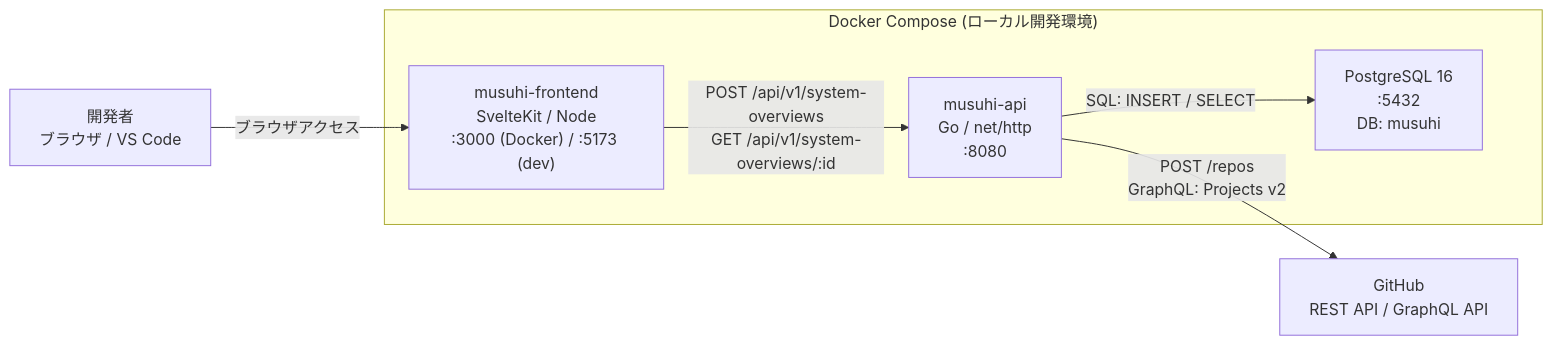
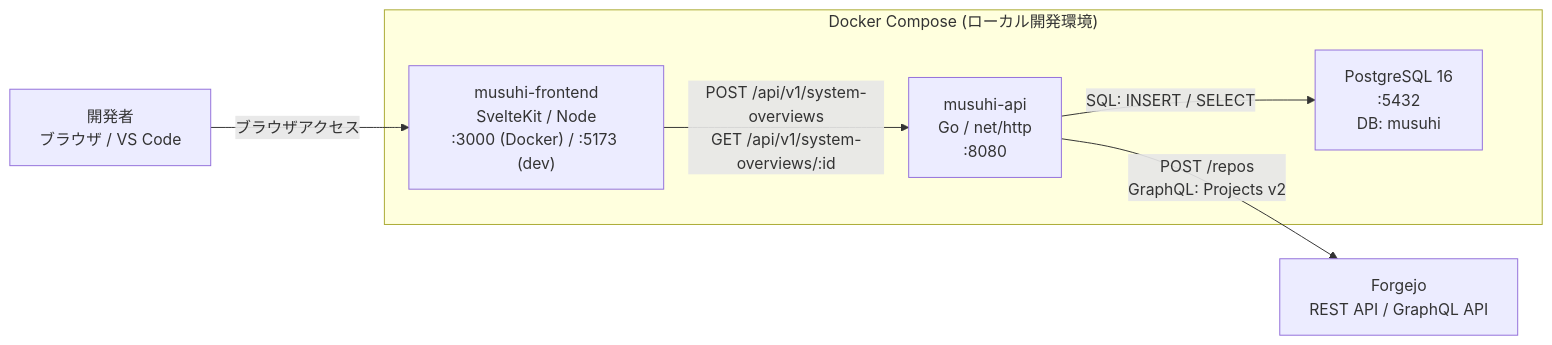
One commit to BossApe/lo-vibe changed the diagram in _document/003.設計・開発・テストフェーズ/003.設計/FR-001.システム概要入力/FR-001.インフラ構成図.md. Above: the diagram before and after it, drawn with Mermaid. The commit also changed 27 other files, not shown here.

````diff
--- a/_document/003.設計・開発・テストフェーズ/003.設計/FR-001.システム概要入力/FR-001.インフラ構成図.md
+++ b/_document/003.設計・開発・テストフェーズ/003.設計/FR-001.システム概要入力/FR-001.インフラ構成図.md
@@ -9,17 +9,17 @@
 ```mermaid
 flowchart LR
   Dev["開発者<br/>ブラウザ / VS Code"]
 
     subgraph DockerCompose["Docker Compose (ローカル開発環境)"]
     UI["musuhi-frontend<br/>SvelteKit / Node<br/>:3000 (Docker) / :5173 (dev)"]
     API["musuhi-api<br/>Go / net/http<br/>:8080"]
     DB["PostgreSQL 16<br/>:5432<br/>DB: musuhi"]
     end
 
-  GitHub["GitHub<br/>REST API / GraphQL API"]
+  Forgejo["Forgejo<br/>REST API / GraphQL API"]
 
     Dev -->|ブラウザアクセス| UI
   UI -->|POST /api/v1/system-overviews<br/>GET /api/v1/system-overviews/:id| API
     API -->|SQL: INSERT / SELECT| DB
-  API -->|POST /repos<br/>GraphQL: Projects v2| GitHub
+  API -->|POST /repos<br/>GraphQL: Projects v2| Forgejo
 ```
````
